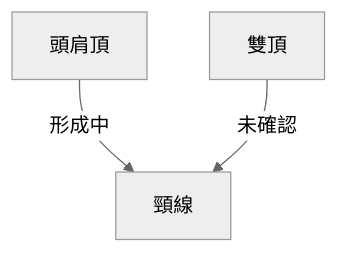
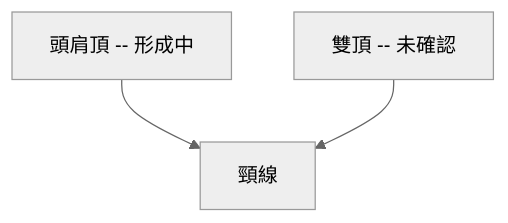
One commit to yennanliu/finance_data changed the fourth of 10 diagrams in ai_gen_report/stock/onds/technical_analysis_2026-03-31_openai.md. Above: the diagram before and after it, drawn with Mermaid (neutral theme). The commit also changed other lines of this file and 2258 other files, not shown here.

First line of the commit message:
chore: backfill Mermaid syntax repair across existing reports

````diff
--- a/ai_gen_report/stock/onds/technical_analysis_2026-03-31_openai.md
+++ b/ai_gen_report/stock/onds/technical_analysis_2026-03-31_openai.md
@@ -147,5 +147,5 @@
 ```mermaid
 graph TD
-    頭肩頂 -- 形成中 --> 頸線
-    雙頂 -- 未確認 --> 頸線
+    nb1["頭肩頂 -- 形成中"] --> 頸線
+    nb2["雙頂 -- 未確認"] --> 頸線
 ```
````
